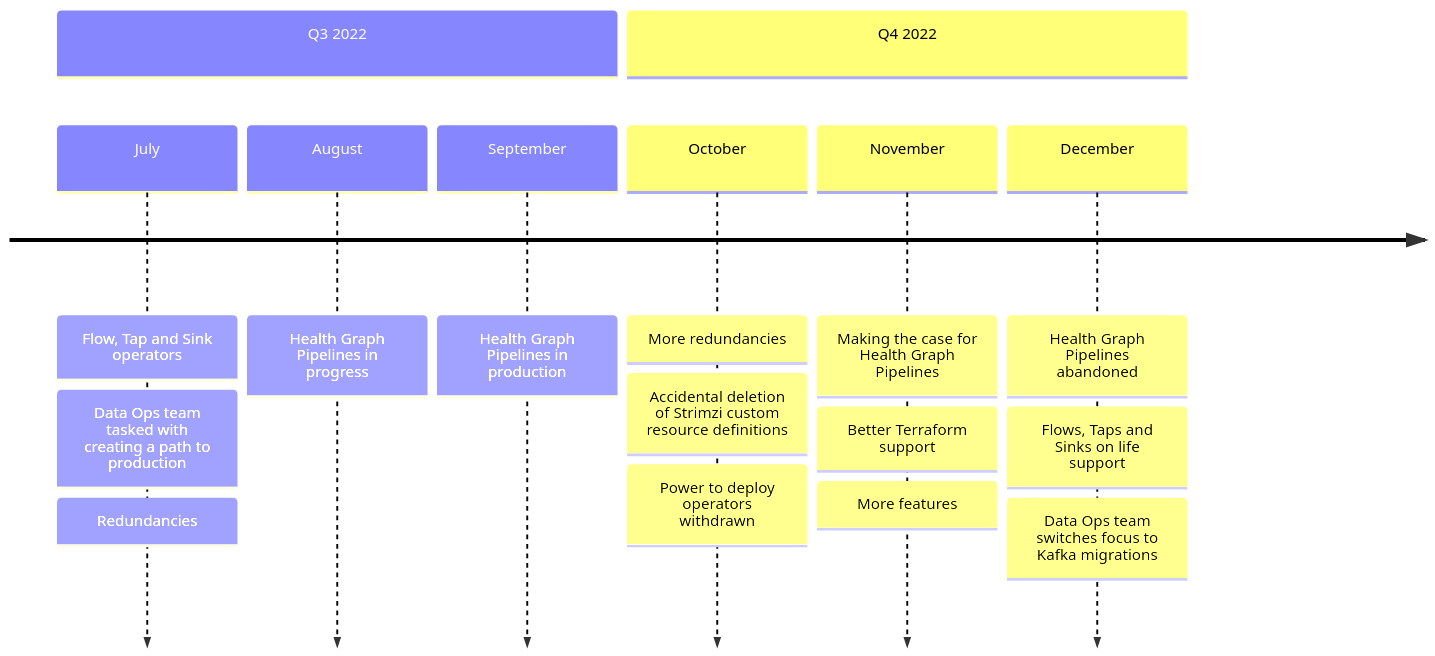
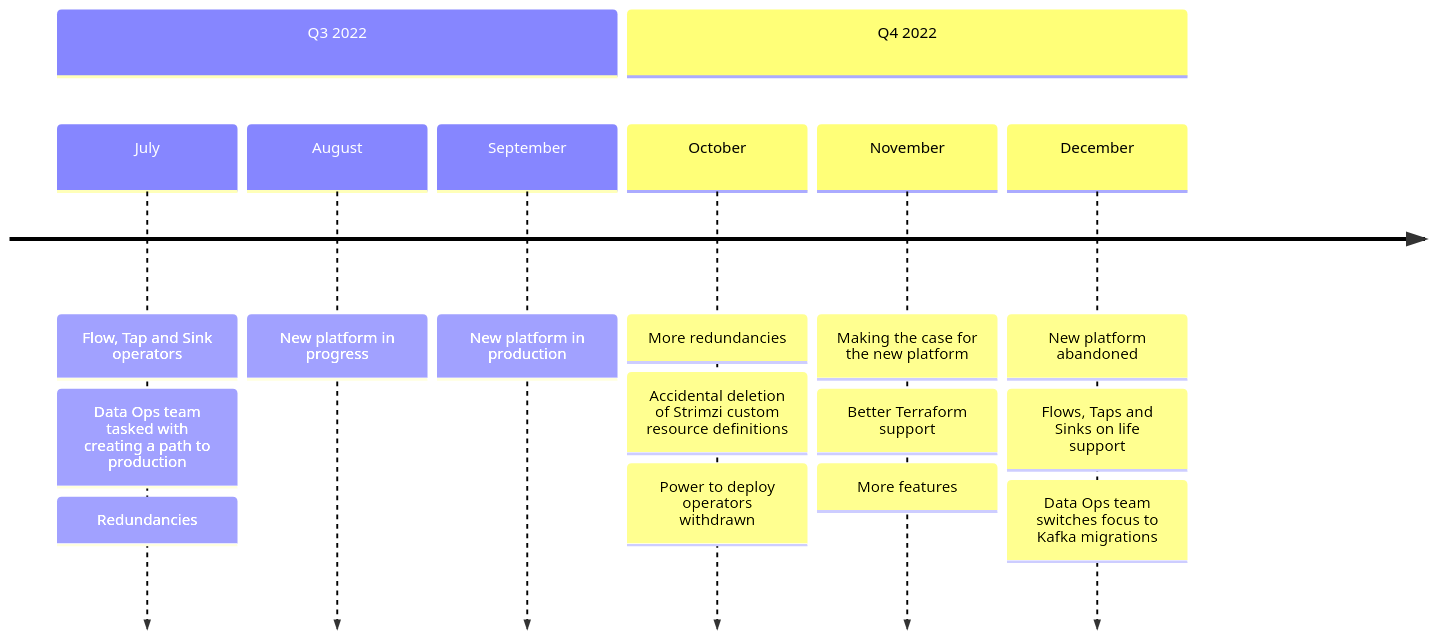
The diagram in mermaid/timeline.mmd (gerald1248/operator-antipattern-slides), drawn with Mermaid before and after one commit. The commit also changed 36 other files, not shown here.

```diff
--- a/mermaid/timeline.mmd
+++ b/mermaid/timeline.mmd
@@ -1,16 +1,16 @@
 ---
 
 config:
   theme: default
 
 ---
 
 timeline
     section Q3 2022
       July : Flow, Tap and Sink operators : Data Ops team tasked with creating a path to production : Redundancies
-      August : Health Graph Pipelines in progress
-      September : Health Graph Pipelines in production
+      August : New platform in progress
+      September : New platform in production
     section Q4 2022
       October :  More redundancies : Accidental deletion of Strimzi custom resource definitions : Power to deploy operators withdrawn
-      November : Making the case for Health Graph Pipelines : Better Terraform support : More features
-      December : Health Graph Pipelines abandoned : Flows, Taps and Sinks on life support : Data Ops team switches focus to Kafka migrations
+      November : Making the case for the new platform : Better Terraform support : More features
+      December : New platform abandoned : Flows, Taps and Sinks on life support : Data Ops team switches focus to Kafka migrations
```
